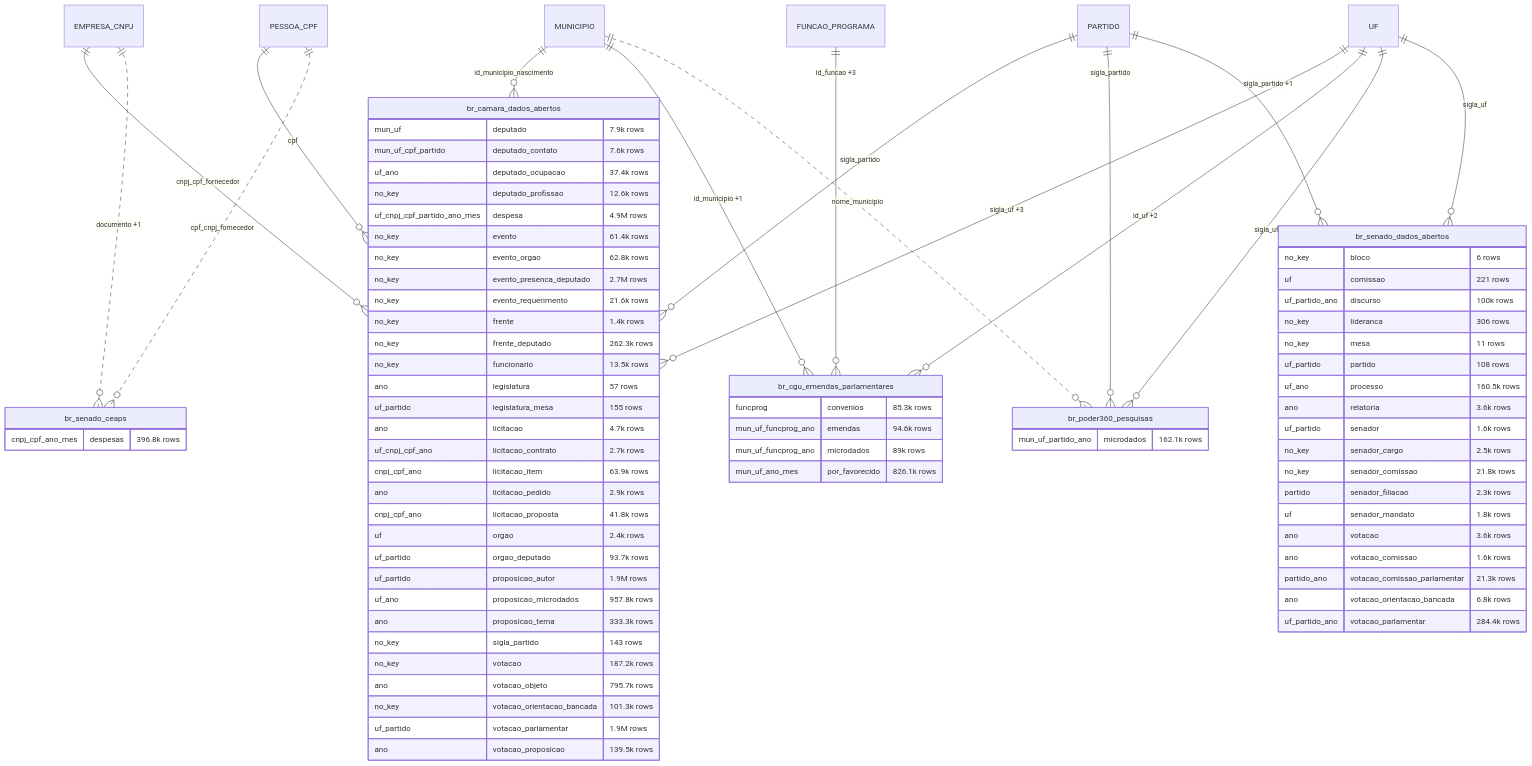
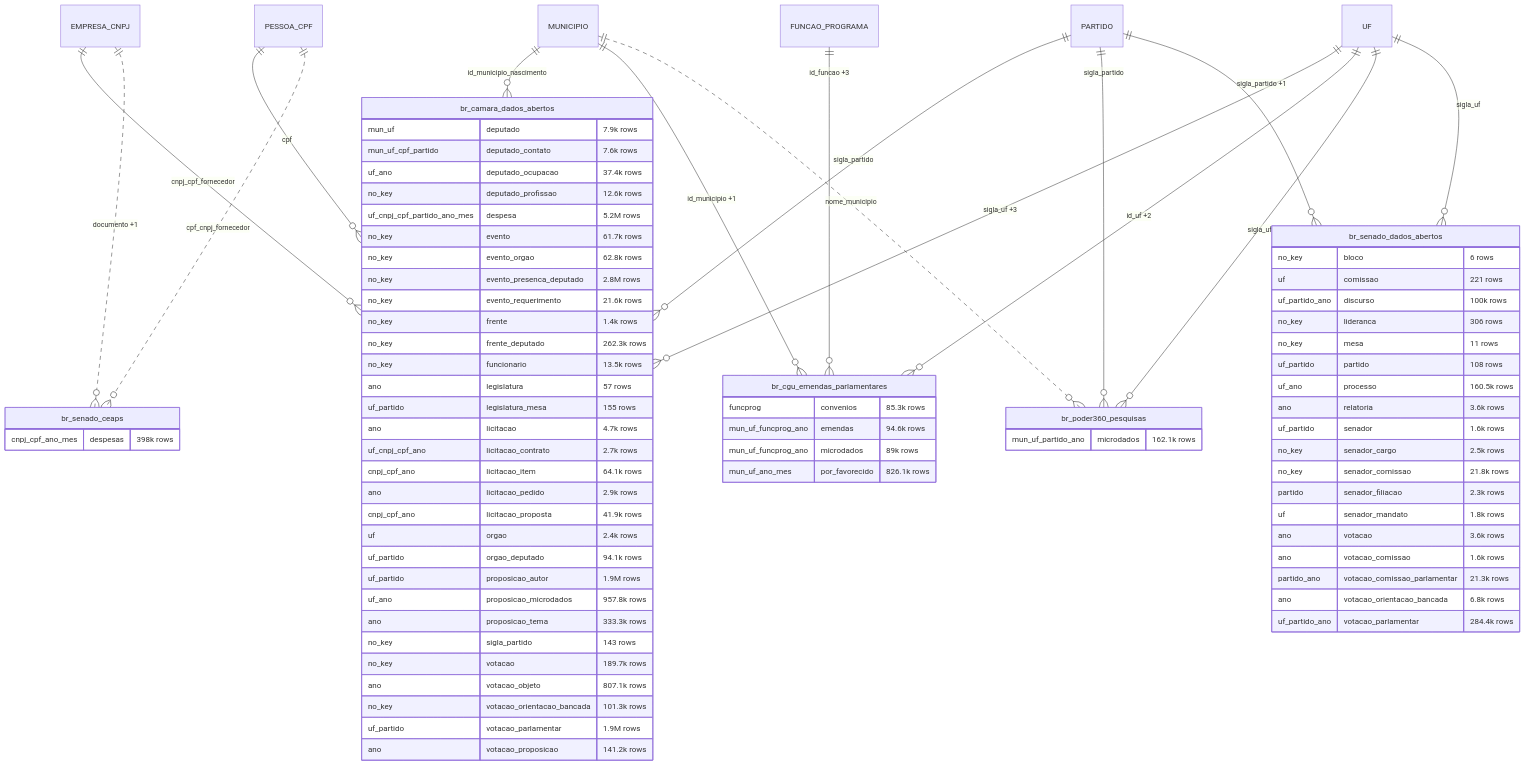
Diagram 18 of 37 in docs/mapa/ERD_EN.md (rafapolo/rodado), drawn with Mermaid before and after one commit. The commit also changed other lines of this file and 42 other files, not shown here.

````diff
--- a/docs/mapa/ERD_EN.md
+++ b/docs/mapa/ERD_EN.md
@@ -1595,82 +1704,82 @@
 ```mermaid
 erDiagram
     EMPRESA_CNPJ ||--o{ br_camara_dados_abertos : "cnpj_cpf_fornecedor"
     MUNICIPIO ||--o{ br_camara_dados_abertos : "id_municipio_nascimento"
     PARTIDO ||--o{ br_camara_dados_abertos : "sigla_partido"
     PESSOA_CPF ||--o{ br_camara_dados_abertos : "cpf"
     UF ||--o{ br_camara_dados_abertos : "sigla_uf +3"
     FUNCAO_PROGRAMA ||--o{ br_cgu_emendas_parlamentares : "id_funcao +3"
     MUNICIPIO ||--o{ br_cgu_emendas_parlamentares : "id_municipio +1"
     UF ||--o{ br_cgu_emendas_parlamentares : "id_uf +2"
     MUNICIPIO ||..o{ br_poder360_pesquisas : "nome_municipio"
     PARTIDO ||--o{ br_poder360_pesquisas : "sigla_partido"
     UF ||--o{ br_poder360_pesquisas : "sigla_uf"
     EMPRESA_CNPJ ||..o{ br_senado_ceaps : "documento +1"
     PESSOA_CPF ||..o{ br_senado_ceaps : "cpf_cnpj_fornecedor"
     PARTIDO ||--o{ br_senado_dados_abertos : "sigla_partido +1"
     UF ||--o{ br_senado_dados_abertos : "sigla_uf"
     br_camara_dados_abertos {
         mun_uf deputado "7.9k rows"
         mun_uf_cpf_partido deputado_contato "7.6k rows"
         uf_ano deputado_ocupacao "37.4k rows"
         no_key deputado_profissao "12.6k rows"
-        uf_cnpj_cpf_partido_ano_mes despesa "4.9M rows"
-        no_key evento "61.4k rows"
+        uf_cnpj_cpf_partido_ano_mes despesa "5.2M rows"
+        no_key evento "61.7k rows"
         no_key evento_orgao "62.8k rows"
-        no_key evento_presenca_deputado "2.7M rows"
+        no_key evento_presenca_deputado "2.8M rows"
         no_key evento_requerimento "21.6k rows"
         no_key frente "1.4k rows"
         no_key frente_deputado "262.3k rows"
         no_key funcionario "13.5k rows"
         ano legislatura "57 rows"
         uf_partido legislatura_mesa "155 rows"
         ano licitacao "4.7k rows"
         uf_cnpj_cpf_ano licitacao_contrato "2.7k rows"
-        cnpj_cpf_ano licitacao_item "63.9k rows"
+        cnpj_cpf_ano licitacao_item "64.1k rows"
         ano licitacao_pedido "2.9k rows"
-        cnpj_cpf_ano licitacao_proposta "41.8k rows"
+        cnpj_cpf_ano licitacao_proposta "41.9k rows"
         uf orgao "2.4k rows"
-        uf_partido orgao_deputado "93.7k rows"
+        uf_partido orgao_deputado "94.1k rows"
         uf_partido proposicao_autor "1.9M rows"
         uf_ano proposicao_microdados "957.8k rows"
         ano proposicao_tema "333.3k rows"
         no_key sigla_partido "143 rows"
-        no_key votacao "187.2k rows"
-        ano votacao_objeto "795.7k rows"
+        no_key votacao "189.7k rows"
+        ano votacao_objeto "807.1k rows"
         no_key votacao_orientacao_bancada "101.3k rows"
         uf_partido votacao_parlamentar "1.9M rows"
-        ano votacao_proposicao "139.5k rows"
+        ano votacao_proposicao "141.2k rows"
     }
     br_cgu_emendas_parlamentares {
         funcprog convenios "85.3k rows"
         mun_uf_funcprog_ano emendas "94.6k rows"
         mun_uf_funcprog_ano microdados "89k rows"
         mun_uf_ano_mes por_favorecido "826.1k rows"
     }
     br_poder360_pesquisas {
         mun_uf_partido_ano microdados "162.1k rows"
     }
     br_senado_ceaps {
-        cnpj_cpf_ano_mes despesas "396.8k rows"
+        cnpj_cpf_ano_mes despesas "398k rows"
     }
     br_senado_dados_abertos {
         no_key bloco "6 rows"
         uf comissao "221 rows"
         uf_partido_ano discurso "100k rows"
         no_key lideranca "306 rows"
         no_key mesa "11 rows"
         uf_partido partido "108 rows"
         uf_ano processo "160.5k rows"
         ano relatoria "3.6k rows"
         uf_partido senador "1.6k rows"
         no_key senador_cargo "2.5k rows"
         no_key senador_comissao "21.8k rows"
         partido senador_filiacao "2.3k rows"
         uf senador_mandato "1.8k rows"
         ano votacao "3.6k rows"
         ano votacao_comissao "1.6k rows"
         partido_ano votacao_comissao_parlamentar "21.3k rows"
         ano votacao_orientacao_bancada "6.8k rows"
         uf_partido_ano votacao_parlamentar "284.4k rows"
     }
 ```
````
